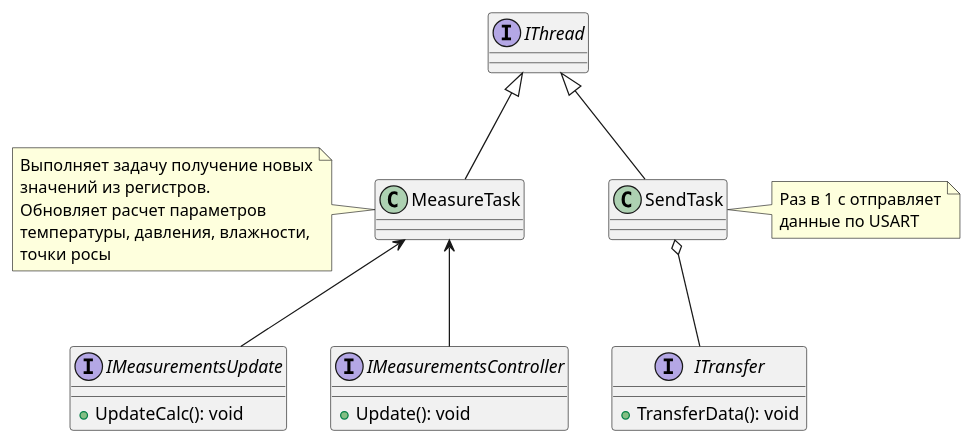
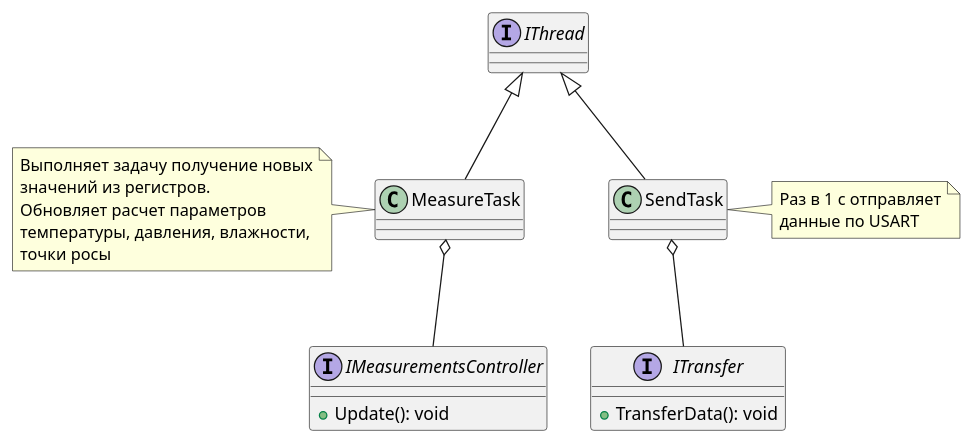
Before and after one commit to Alexandro103/Laba: the first of 5 diagrams in Diagrams.adoc, drawn with PlantUML. The commit also changed other lines of this file and 1 other file, not shown here.

```diff
--- a/Diagrams.adoc
+++ b/Diagrams.adoc
@@ -14,43 +14,40 @@
-[plantuml, diagram, png]
+[plantuml]
 ----
 interface IThread
 
 class MeasureTask
 class SendTask
 
-interface IMeasurementsUpdate {
-    +UpdateCalc(): void
-}
+
 
 interface IMeasurementsController {
     +Update(): void
 }
 
 interface ITransfer {
     +TransferData(): void
 }
 
 interface IMeasurementsController
 interface ITransfer
 
 IThread <|-- MeasureTask
 IThread <|-- SendTask
 
-MeasureTask <-- IMeasurementsUpdate
-MeasureTask <-- IMeasurementsController
+MeasureTask o-- IMeasurementsController
 
 SendTask o-- ITransfer
 
 note left of MeasureTask
 Выполняет задачу получение новых
 значений из регистров.
 Обновляет расчет параметров
 температуры, давления, влажности,
 точки росы
 end note
 
 note right of SendTask
 Раз в 1 с отправляет
 данные по USART
 end note
 ----
```
